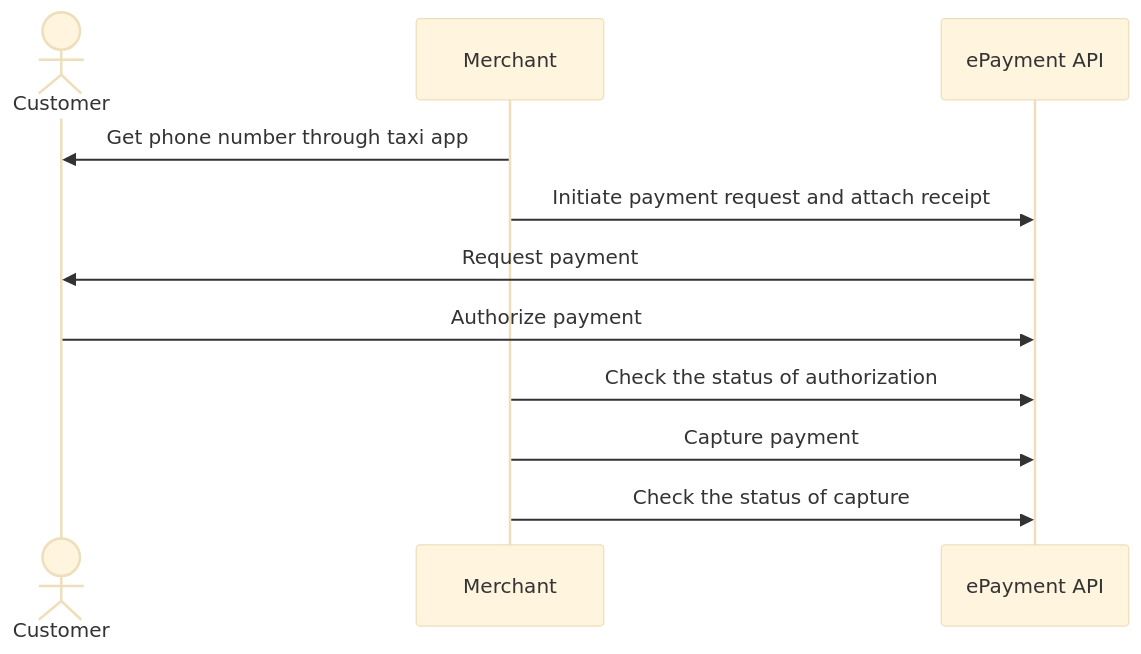
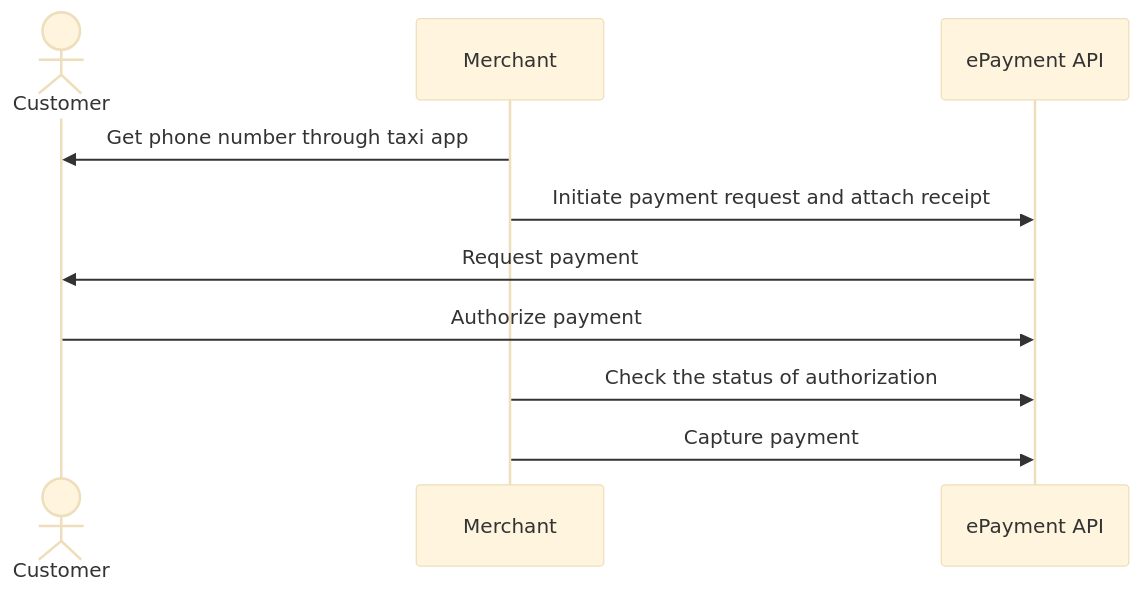
One commit to vippsas/vipps-solutions changed the diagram in taxi-companies/taximeter-initiates-payment-request-with-app.md. Above: the diagram before and after it, drawn with Mermaid (base theme). The commit also changed other lines of this file and 16 other files, not shown here.

````diff
--- a/taxi-companies/taximeter-initiates-payment-request-with-app.md
+++ b/taxi-companies/taximeter-initiates-payment-request-with-app.md
@@ -116,14 +116,13 @@
 ``` mermaid
 sequenceDiagram
     actor C as Customer
     participant M as Merchant
     participant ePayment as ePayment API
 
     M->>C: Get phone number through taxi app
     M->>ePayment: Initiate payment request and attach receipt
     ePayment->>C: Request payment
     C->>ePayment: Authorize payment
     M->>ePayment: Check the status of authorization
-    M->>ePayment: Capture payment 
-    M->>ePayment: Check the status of capture
+    M->>ePayment: Capture payment
 ```
````
